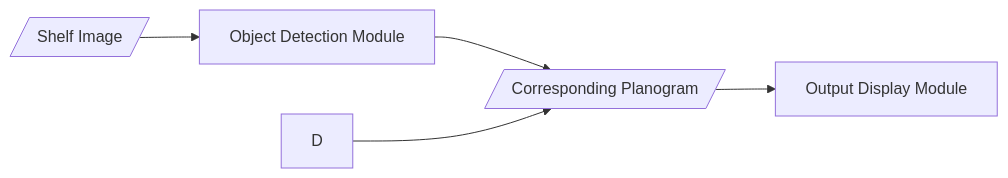
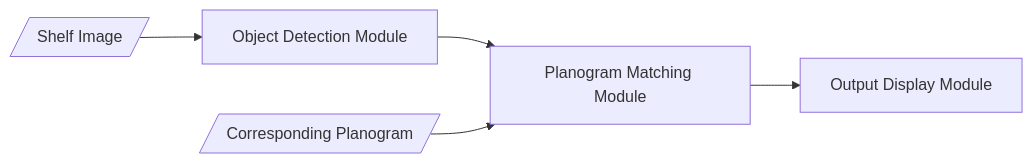
One commit to neufii/planogram-matching changed the diagram in README.md. Above: the diagram before and after it, drawn with Mermaid.

````diff
--- a/README.md
+++ b/README.md
@@ -9,7 +9,7 @@
 ```mermaid
 graph LR
     A[/Shelf Image/] -->B[Object Detection Module]
     B --> C[Planogram Matching Module]
-    D --> C[/Corresponding Planogram/]
+    D[/Corresponding Planogram/] --> C
     C --> E[Output Display Module]
 ```
````
